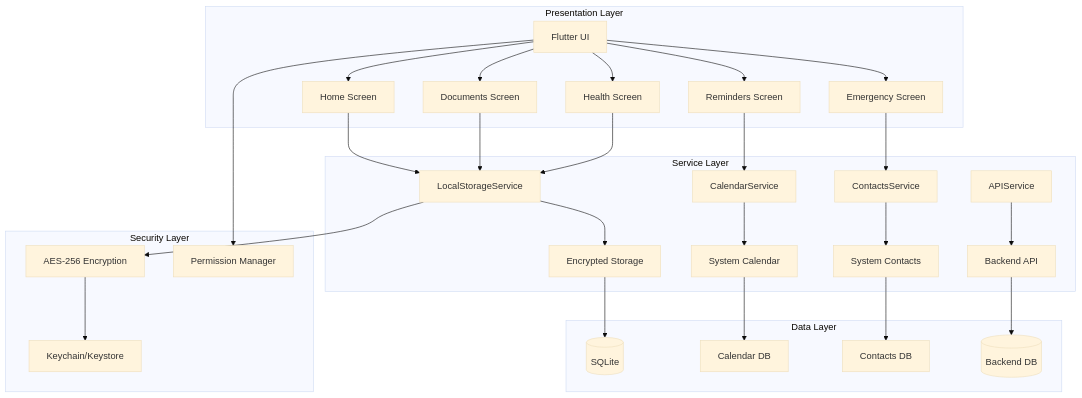
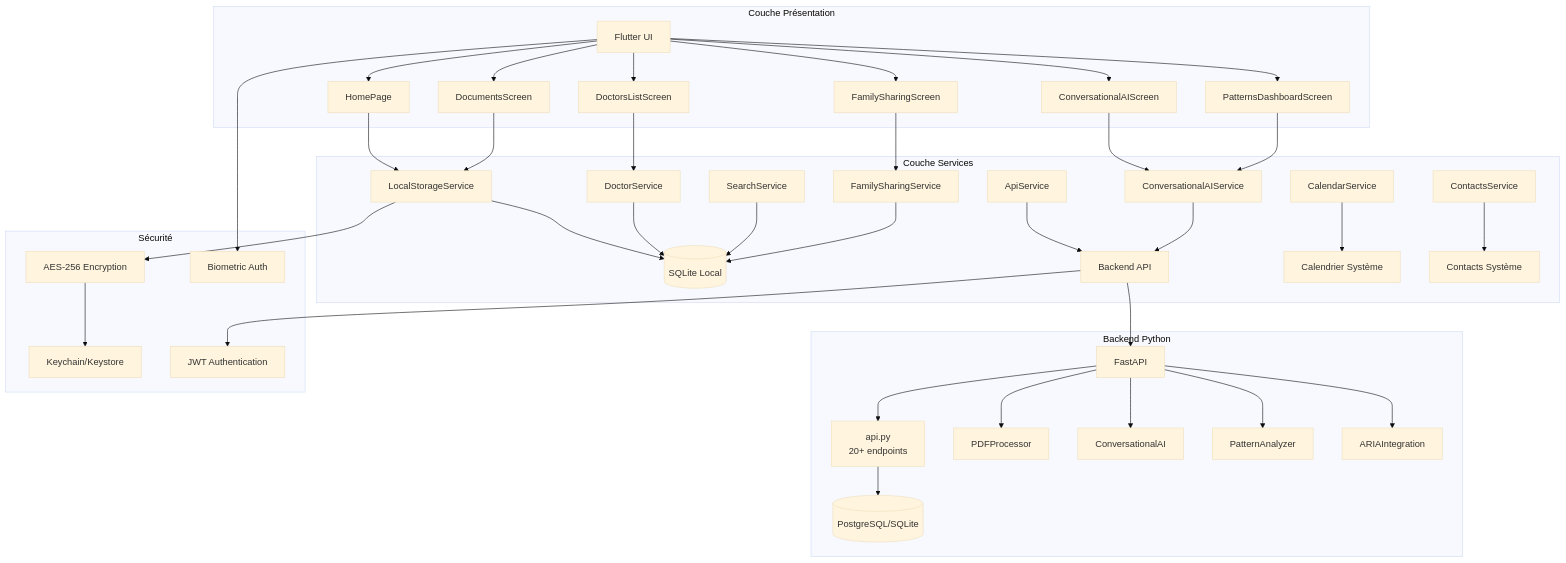
The first of 9 diagrams in docs/ARCHITECTURE.md (arkalia-luna-system/arkalia-cia), drawn with Mermaid (base theme) before and after one commit. The commit also changed other lines of this file and 32 other files, not shown here.

````diff
--- a/docs/ARCHITECTURE.md
+++ b/docs/ARCHITECTURE.md
@@ -63,40 +27,51 @@
 ```mermaid
 graph TB
-    subgraph "Presentation Layer"
-        A[Flutter UI] --> B[Home Screen]
-        A --> C[Documents Screen]
-        A --> D[Health Screen]
-        A --> E[Reminders Screen]
-        A --> F[Emergency Screen]
+    subgraph "Couche Présentation"
+        A[Flutter UI] --> B[HomePage]
+        A --> C[DocumentsScreen]
+        A --> D[DoctorsListScreen]
+        A --> E[ConversationalAIScreen]
+        A --> F[PatternsDashboardScreen]
+        A --> G[FamilySharingScreen]
     end
 
-    subgraph "Service Layer"
-        G[LocalStorageService] --> H[Encrypted Storage]
-        I[CalendarService] --> J[System Calendar]
-        K[ContactsService] --> L[System Contacts]
-        M[APIService] --> N[Backend API]
+    subgraph "Couche Services"
+        H[LocalStorageService] --> I[(SQLite Local)]
+        J[ApiService] --> K[Backend API]
+        L[DoctorService] --> I
+        M[SearchService] --> I
+        N[ConversationalAIService] --> K
+        O[FamilySharingService] --> I
+        P[CalendarService] --> Q[Calendrier Système]
+        R[ContactsService] --> S[Contacts Système]
     end
 
-    subgraph "Data Layer"
-        H --> O[(SQLite)]
-        J --> P[Calendar DB]
-        L --> Q[Contacts DB]
-        N --> R[(Backend DB)]
+    subgraph "Backend Python"
+        K --> T[FastAPI]
+        T --> U[api.py<br/>20+ endpoints]
+        T --> V[PDFProcessor]
+        T --> W[ConversationalAI]
+        T --> X[PatternAnalyzer]
+        T --> Y[ARIAIntegration]
+        U --> Z[(PostgreSQL/SQLite)]
     end
 
-    subgraph "Security Layer"
-        S[AES-256 Encryption]
-        T[Keychain/Keystore]
-        U[Permission Manager]
+    subgraph "Sécurité"
+        AA[AES-256 Encryption]
+        AB[Keychain/Keystore]
+        AC[JWT Authentication]
+        AD[Biometric Auth]
     end
 
-    B --> G
-    C --> G
-    D --> G
-    E --> I
-    F --> K
+    B --> H
+    C --> H
+    D --> L
+    E --> N
+    F --> N
+    G --> O
 
-    G --> S
-    S --> T
-    A --> U
+    H --> AA
+    AA --> AB
+    K --> AC
+    A --> AD
 ```
````
